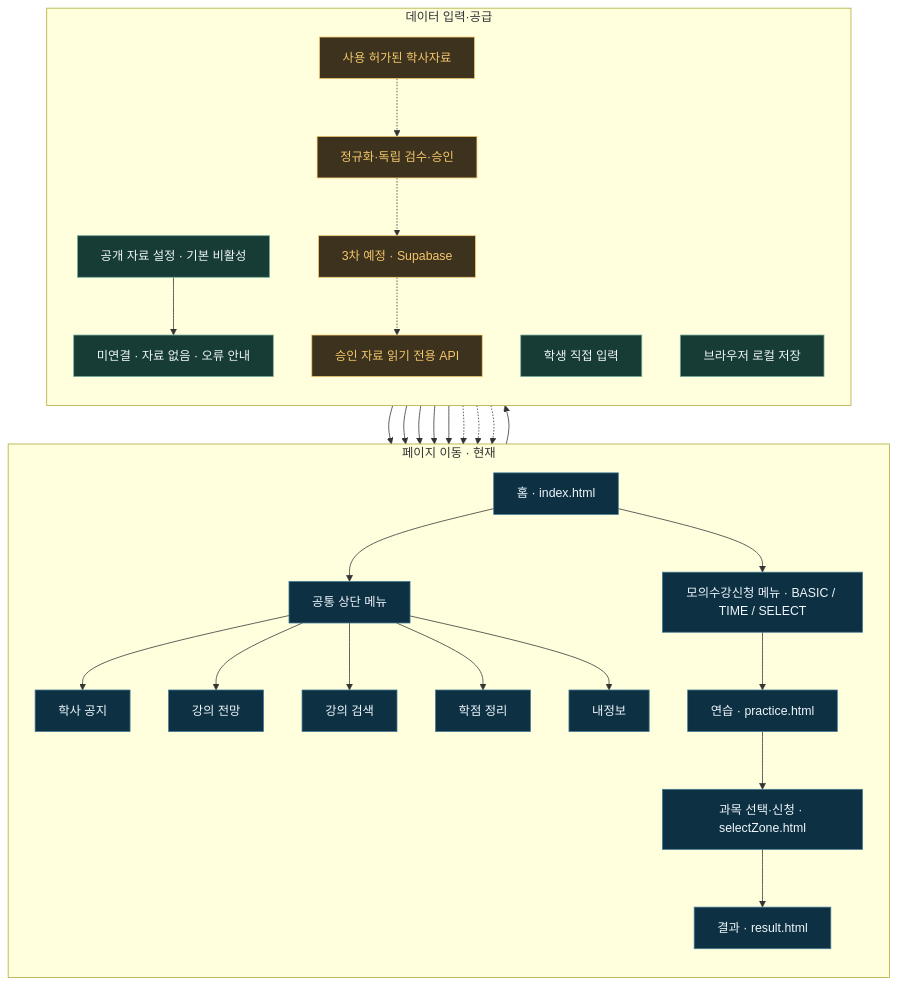
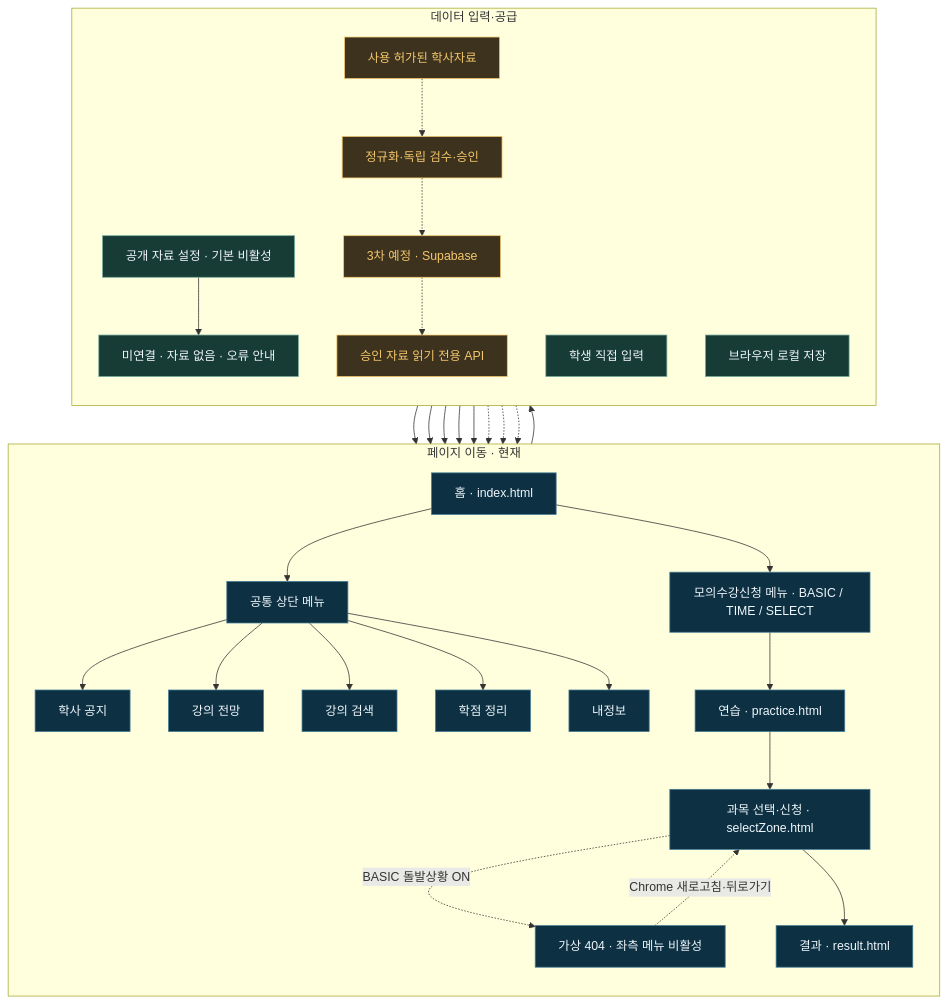
One commit to chny0n/Hanmo changed the diagram in README.md. Above: the diagram before and after it, drawn with Mermaid. The commit also changed other lines of this file, not shown here.

Commit message:
docs(readme): synchronize public sitemap and one-shot 404 navigation flow

````diff
--- a/README.md
+++ b/README.md
@@ -79,40 +79,42 @@
 ```mermaid
 flowchart TB
     subgraph P["페이지 이동 · 현재"]
         direction TB
         H["홈 · index.html"] --> NAV["공통 상단 메뉴"]
         NAV --> N["학사 공지"]
         NAV --> F["강의 전망"]
         NAV --> C["강의 검색"]
         NAV --> G["학점 정리"]
         NAV --> I["내정보"]
         H --> M["모의수강신청 메뉴 · BASIC / TIME / SELECT"]
         M --> PR["연습 · practice.html"]
         PR --> SZ["과목 선택·신청 · selectZone.html"]
+        SZ -. "BASIC 돌발상황 ON" .-> ERR["가상 404 · 좌측 메뉴 비활성"]
+        ERR -. "Chrome 새로고침·뒤로가기" .-> SZ
         SZ --> R["결과 · result.html"]
     end
 
     subgraph D["데이터 입력·공급"]
         direction TB
         J["공개 자료 설정 · 기본 비활성"] --> E["미연결 · 자료 없음 · 오류 안내"]
         E --> N
         E --> F
         E --> C
         U["학생 직접 입력"] --> I
         I --> LS["브라우저 로컬 저장"]
         U --> G
         S["사용 허가된 학사자료"] -.-> V["정규화·독립 검수·승인"]
         V -.-> DB["3차 예정 · Supabase"]
         DB -.-> API["승인 자료 읽기 전용 API"]
         API -.-> N
         API -.-> F
         API -.-> C
     end
 
     classDef page fill:#0d3042,stroke:#467c96,color:#eff6fc
     classDef data fill:#173b35,stroke:#78ad9e,color:#eff6fc
     classDef planned fill:#3c321e,stroke:#f4c76c,color:#f4c76c
-    class H,NAV,N,F,C,G,I,M,PR,SZ,R page
+    class H,NAV,N,F,C,G,I,M,PR,SZ,R,ERR page
     class J,E,U,LS data
     class S,V,DB,API planned
 ```
````
